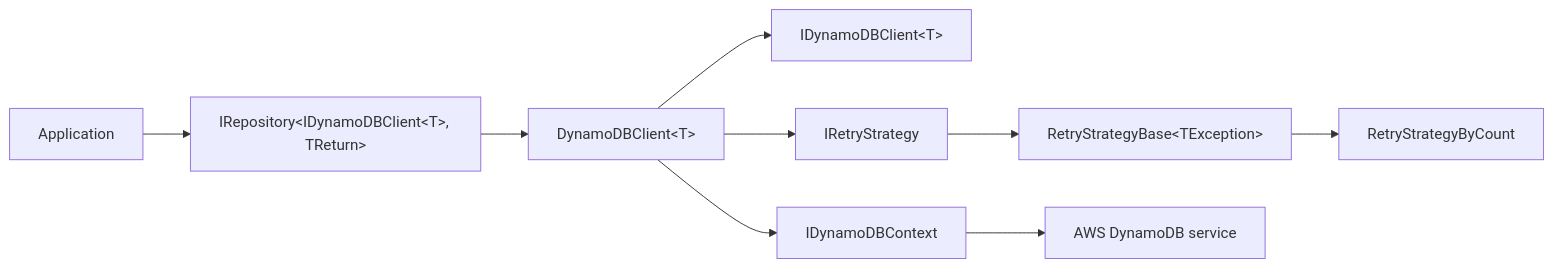
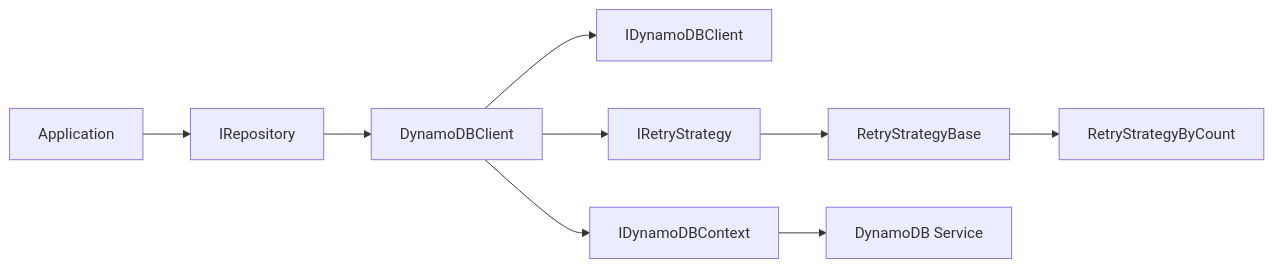
The third of 4 diagrams in architecture.md (stoberman37/MnM.Common.Data), drawn with Mermaid before and after one commit. The commit also changed other lines of this file, not shown here.

Commit message:
Also fix sql diagram as well

````diff
--- a/architecture.md
+++ b/architecture.md
@@ -121,14 +106,14 @@
 ```mermaid
 flowchart LR
-  App[Application] --> Repo[IRepository&lt;IDynamoDBClient&lt;T&gt;, TReturn&gt;]
-  Repo --> DynClient[DynamoDBClient&lt;T&gt;]
+  App[Application] --> Repo[IRepository]
+  Repo --> DynClient[DynamoDBClient]
 
-  DynClient --> DynInterface[IDynamoDBClient&lt;T&gt;]
+  DynClient --> DynInterface[IDynamoDBClient]
   DynClient --> Ctx[IDynamoDBContext]
 
   DynClient --> Retry[IRetryStrategy]
-  Retry --> RetryBase[RetryStrategyBase&lt;TException&gt;]
+  Retry --> RetryBase[RetryStrategyBase]
   RetryBase --> RetryCount[RetryStrategyByCount]
 
-  Ctx --> DynamoService[AWS DynamoDB service]
+  Ctx --> DynamoService[DynamoDB Service]
 ```
````
